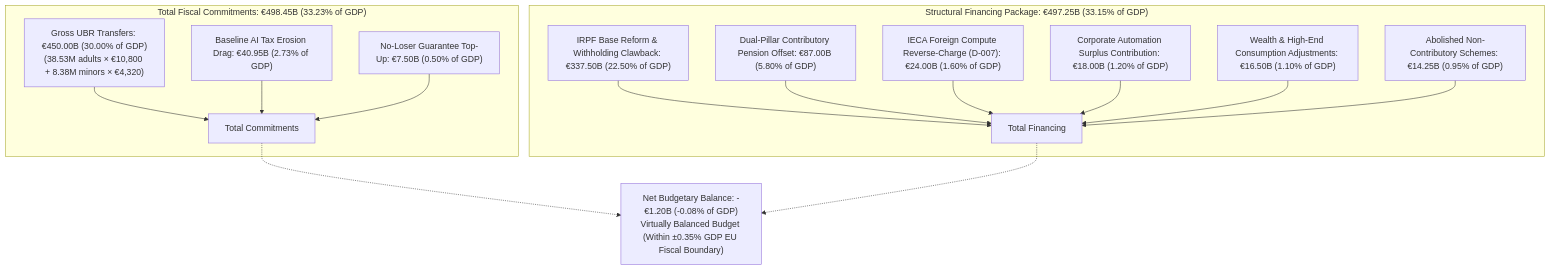
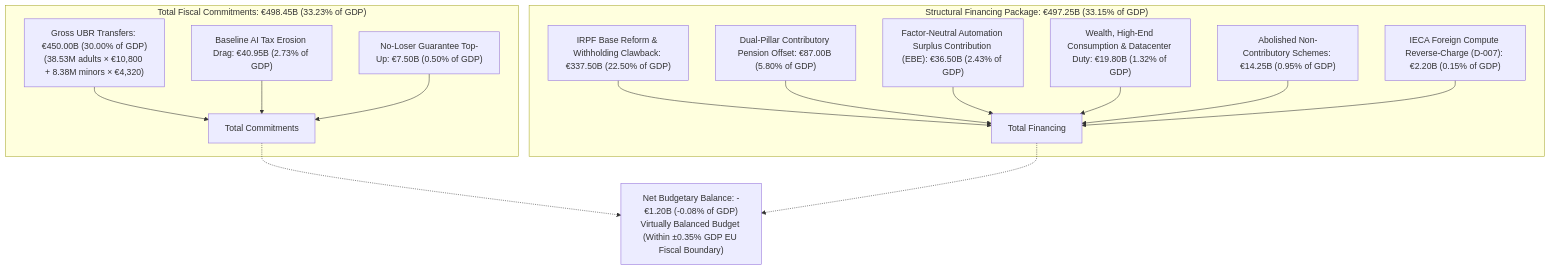
Before and after one commit to jbernax/renta-basica-universal-ubr: the first of 3 diagrams in paper/ch04-fiscal-architecture-ai-rent-capture.md, drawn with Mermaid. The commit also changed other lines of this file and 49 other files, not shown here.

````diff
--- a/paper/ch04-fiscal-architecture-ai-rent-capture.md
+++ b/paper/ch04-fiscal-architecture-ai-rent-capture.md
@@ -11,29 +11,29 @@
 ```mermaid
 flowchart TD
     subgraph Commitments["Total Fiscal Commitments: €498.45B (33.23% of GDP)"]
         Gross["Gross UBR Transfers: €450.00B (30.00% of GDP)<br/>(38.53M adults × €10,800 + 8.38M minors × €4,320)"]
         Erosion["Baseline AI Tax Erosion Drag: €40.95B (2.73% of GDP)"]
         NoLoser["No-Loser Guarantee Top-Up: €7.50B (0.50% of GDP)"]
         Gross --> TotalC["Total Commitments"]
         Erosion --> TotalC
         NoLoser --> TotalC
     end
 
     subgraph Financing["Structural Financing Package: €497.25B (33.15% of GDP)"]
         IRPF["IRPF Base Reform & Withholding Clawback: €337.50B (22.50% of GDP)"]
         Pension["Dual-Pillar Contributory Pension Offset: €87.00B (5.80% of GDP)"]
-        IECA["IECA Foreign Compute Reverse-Charge (D-007): €24.00B (1.60% of GDP)"]
-        Corp["Corporate Automation Surplus Contribution: €18.00B (1.20% of GDP)"]
-        Wealth["Wealth & High-End Consumption Adjustments: €16.50B (1.10% of GDP)"]
+        Corp["Factor-Neutral Automation Surplus Contribution (EBE): €36.50B (2.43% of GDP)"]
+        Wealth["Wealth, High-End Consumption & Datacenter Duty: €19.80B (1.32% of GDP)"]
         Welfare["Abolished Non-Contributory Schemes: €14.25B (0.95% of GDP)"]
+        IECA["IECA Foreign Compute Reverse-Charge (D-007): €2.20B (0.15% of GDP)"]
         IRPF --> TotalF["Total Financing"]
         Pension --> TotalF
-        IECA --> TotalF
         Corp --> TotalF
         Wealth --> TotalF
         Welfare --> TotalF
+        IECA --> TotalF
     end
 
     TotalC -.-> Balance["Net Budgetary Balance: -€1.20B (-0.08% of GDP)<br/>Virtually Balanced Budget (Within ±0.35% GDP EU Fiscal Boundary)"]
     TotalF -.-> Balance
 ```
````
